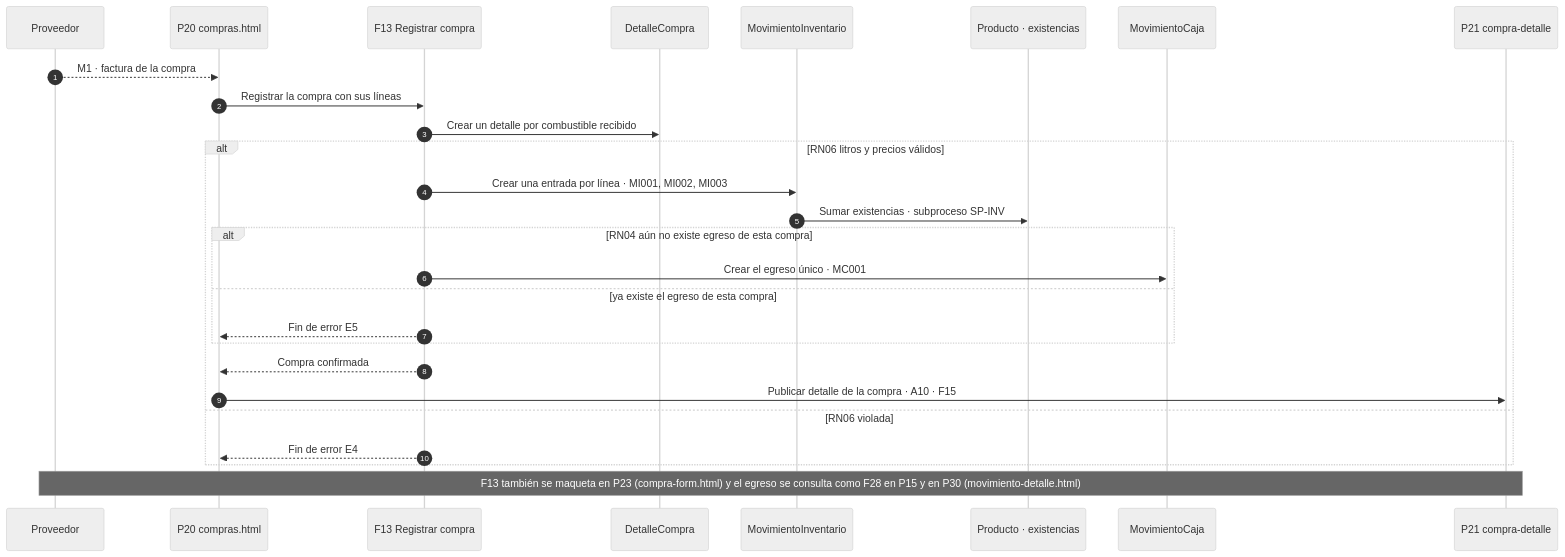
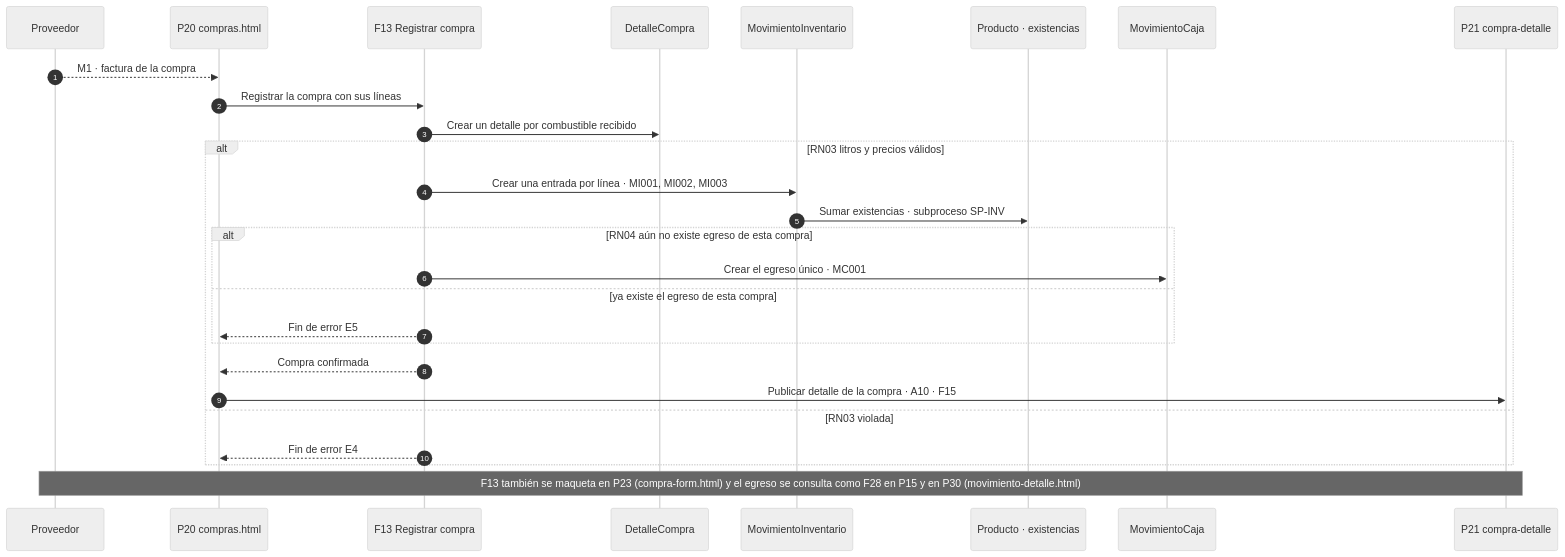
The second of 4 diagrams in documentacion/10_productos_y_entregables.md (4dr1-2529/gasolineria-ingweb), drawn with Mermaid (neutral theme) before and after one commit. The commit also changed other lines of this file and 114 other files, not shown here.

````diff
--- a/documentacion/10_productos_y_entregables.md
+++ b/documentacion/10_productos_y_entregables.md
@@ -113,29 +113,29 @@
 ```mermaid
 sequenceDiagram
     autonumber
     participant PRV as Proveedor
     participant P20 as P20 compras.html
     participant F13 as F13 Registrar compra
     participant DTC as DetalleCompra
     participant INV as MovimientoInventario
     participant PRO as Producto · existencias
     participant CAJ as MovimientoCaja
     participant P21 as P21 compra-detalle
     PRV-->>P20: M1 · factura de la compra
     P20->>F13: Registrar la compra con sus líneas
     F13->>DTC: Crear un detalle por combustible recibido
-    alt RN06 litros y precios válidos
+    alt RN03 litros y precios válidos
         F13->>INV: Crear una entrada por línea · MI001, MI002, MI003
         INV->>PRO: Sumar existencias · subproceso SP-INV
         alt RN04 aún no existe egreso de esta compra
             F13->>CAJ: Crear el egreso único · MC001
         else ya existe el egreso de esta compra
             F13-->>P20: Fin de error E5
         end
         F13-->>P20: Compra confirmada
         P20->>P21: Publicar detalle de la compra · A10 · F15
-    else RN06 violada
+    else RN03 violada
         F13-->>P20: Fin de error E4
     end
     Note over PRV, P21: F13 también se maqueta en P23 (compra-form.html) y el egreso se consulta como F28 en P15 y en P30 (movimiento-detalle.html)
 ```
````
